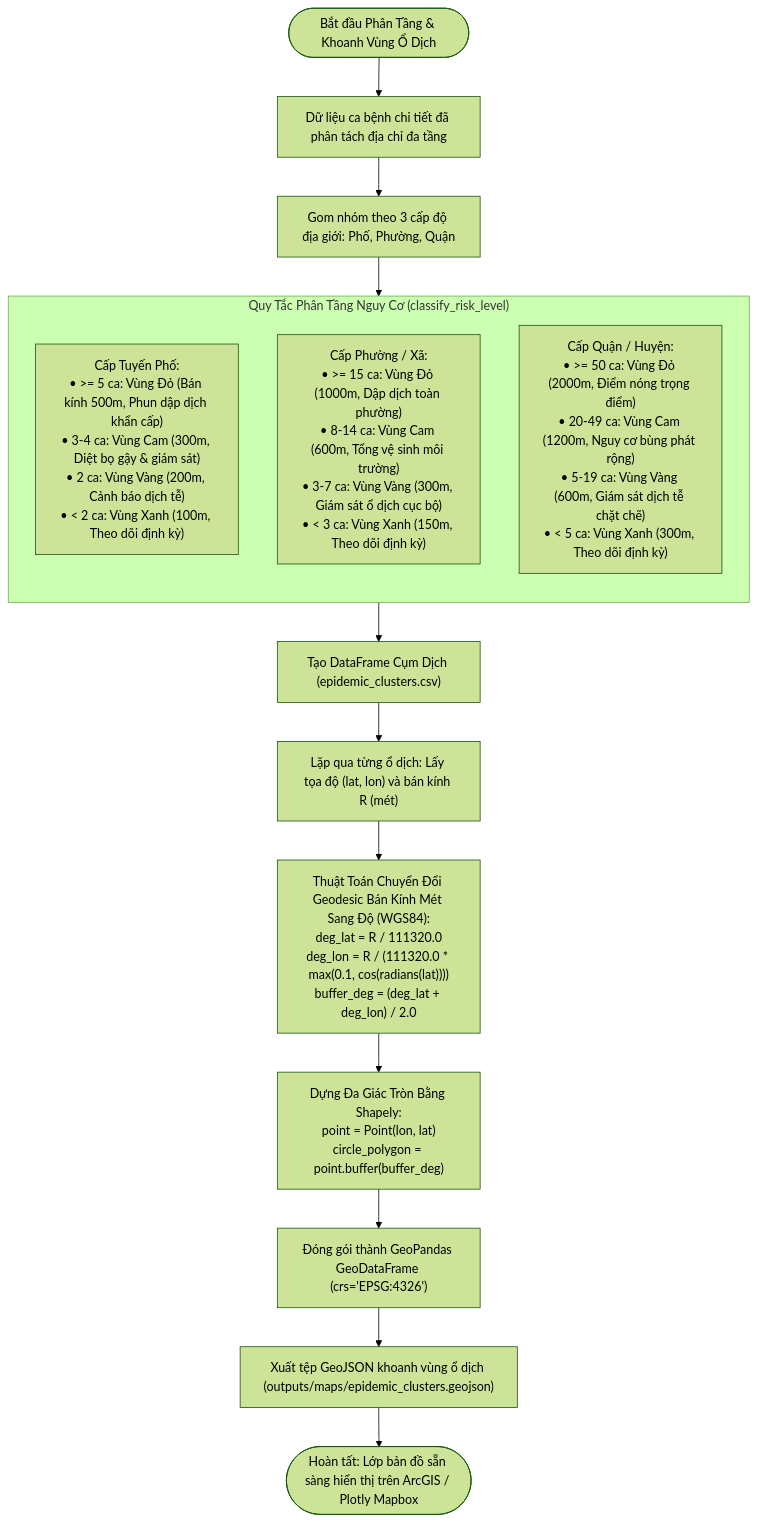
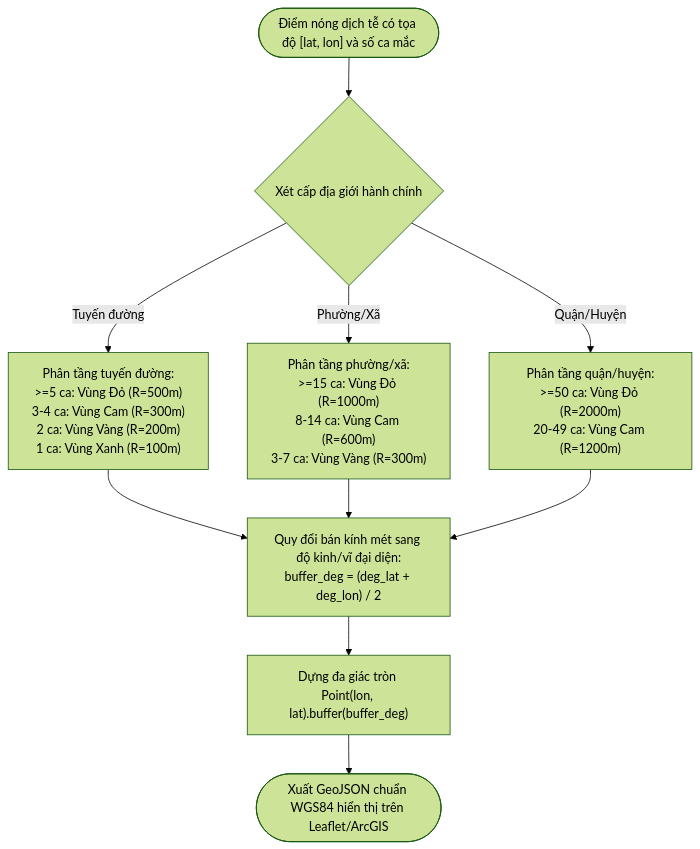
The ninth of 26 diagrams in README.md (VanderSpeare/dengue-prediction), drawn with Mermaid (forest theme) before and after one commit. The commit also changed other lines of this file and 25 other files, not shown here.

````diff
--- a/README.md
+++ b/README.md
@@ -808,26 +596,10 @@
 ```mermaid
 flowchart TD
-    StartGIS(["Bắt đầu Phân Tầng & Khoanh Vùng Ổ Dịch"]) --> InputCases["Dữ liệu ca bệnh chi tiết đã phân tách địa chỉ đa tầng"]
-    
-    InputCases --> AggLevel["Gom nhóm theo 3 cấp độ địa giới: Phố, Phường, Quận"]
-    
-    subgraph Stratification ["Quy Tắc Phân Tầng Nguy Cơ (classify_risk_level)"]
-        direction TB
-        L_Street["Cấp Tuyến Phố:<br/>• >= 5 ca: Vùng Đỏ (Bán kính 500m, Phun dập dịch khẩn cấp)<br/>• 3-4 ca: Vùng Cam (300m, Diệt bọ gậy & giám sát)<br/>• 2 ca: Vùng Vàng (200m, Cảnh báo dịch tễ)<br/>• < 2 ca: Vùng Xanh (100m, Theo dõi định kỳ)"]
-        L_Ward["Cấp Phường / Xã:<br/>• >= 15 ca: Vùng Đỏ (1000m, Dập dịch toàn phường)<br/>• 8-14 ca: Vùng Cam (600m, Tổng vệ sinh môi trường)<br/>• 3-7 ca: Vùng Vàng (300m, Giám sát ổ dịch cục bộ)<br/>• < 3 ca: Vùng Xanh (150m, Theo dõi định kỳ)"]
-        L_Dist["Cấp Quận / Huyện:<br/>• >= 50 ca: Vùng Đỏ (2000m, Điểm nóng trọng điểm)<br/>• 20-49 ca: Vùng Cam (1200m, Nguy cơ bùng phát rộng)<br/>• 5-19 ca: Vùng Vàng (600m, Giám sát dịch tễ chặt chẽ)<br/>• < 5 ca: Vùng Xanh (300m, Theo dõi định kỳ)"]
-    end
-    
-    AggLevel --> Stratification
-    Stratification --> GenClusters["Tạo DataFrame Cụm Dịch (epidemic_clusters.csv)"]
-    
-    GenClusters --> LoopCluster["Lặp qua từng ổ dịch: Lấy tọa độ (lat, lon) và bán kính R (mét)"]
-    
-    LoopCluster --> GeodesicCalc["Thuật Toán Chuyển Đổi Geodesic Bán Kính Mét Sang Độ (WGS84):<br/>deg_lat = R / 111320.0<br/>deg_lon = R / (111320.0 * max(0.1, cos(radians(lat))))<br/>buffer_deg = (deg_lat + deg_lon) / 2.0"]
-    
-    GeodesicCalc --> ShapelyBuffer["Dựng Đa Giác Tròn Bằng Shapely:<br/>point = Point(lon, lat)<br/>circle_polygon = point.buffer(buffer_deg)"]
-    
-    ShapelyBuffer --> BuildGDF["Đóng gói thành GeoPandas GeoDataFrame (crs='EPSG:4326')"]
-    BuildGDF --> ExportGeoJSON["Xuất tệp GeoJSON khoanh vùng ổ dịch (outputs/maps/epidemic_clusters.geojson)"]
-    ExportGeoJSON --> EndGIS(["Hoàn tất: Lớp bản đồ sẵn sàng hiển thị trên ArcGIS / Plotly Mapbox"])
+    StartCluster(["Điểm nóng dịch tễ có tọa độ [lat, lon] và số ca mắc"]) --> CheckLevel{"Xét cấp địa giới hành chính"}
+    CheckLevel -- "Tuyến đường" --> ClassifyStreet["Phân tầng tuyến đường:<br/>>=5 ca: Vùng Đỏ (R=500m)<br/>3-4 ca: Vùng Cam (R=300m)<br/>2 ca: Vùng Vàng (R=200m)<br/>1 ca: Vùng Xanh (R=100m)"]
+    CheckLevel -- "Phường/Xã" --> ClassifyWard["Phân tầng phường/xã:<br/>>=15 ca: Vùng Đỏ (R=1000m)<br/>8-14 ca: Vùng Cam (R=600m)<br/>3-7 ca: Vùng Vàng (R=300m)"]
+    CheckLevel -- "Quận/Huyện" --> ClassifyDistrict["Phân tầng quận/huyện:<br/>>=50 ca: Vùng Đỏ (R=2000m)<br/>20-49 ca: Vùng Cam (R=1200m)"]
+    ClassifyStreet & ClassifyWard & ClassifyDistrict --> CalcBuffer["Quy đổi bán kính mét sang độ kinh/vĩ đại diện:<br/>buffer_deg = (deg_lat + deg_lon) / 2"]
+    CalcBuffer --> ShapelyBuffer["Dựng đa giác tròn Point(lon, lat).buffer(buffer_deg)"]
+    ShapelyBuffer --> ExportGeoJSON(["Xuất GeoJSON chuẩn WGS84 hiển thị trên Leaflet/ArcGIS"])
 ```
````
